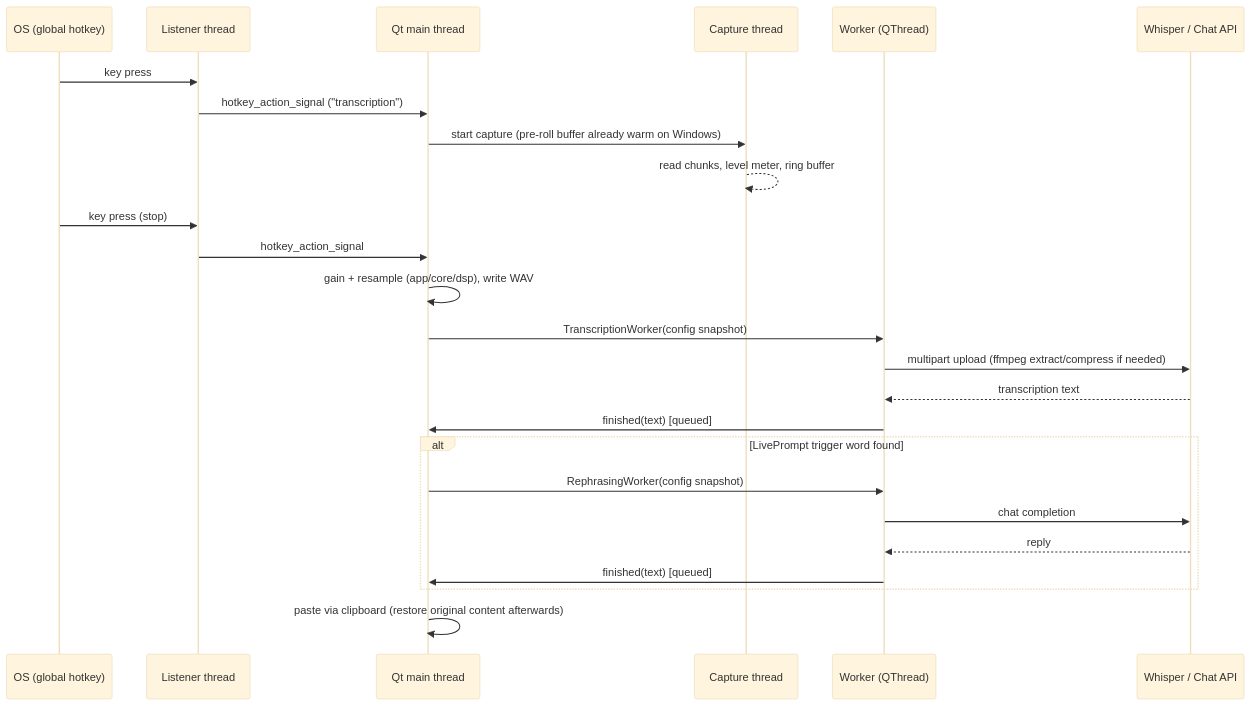
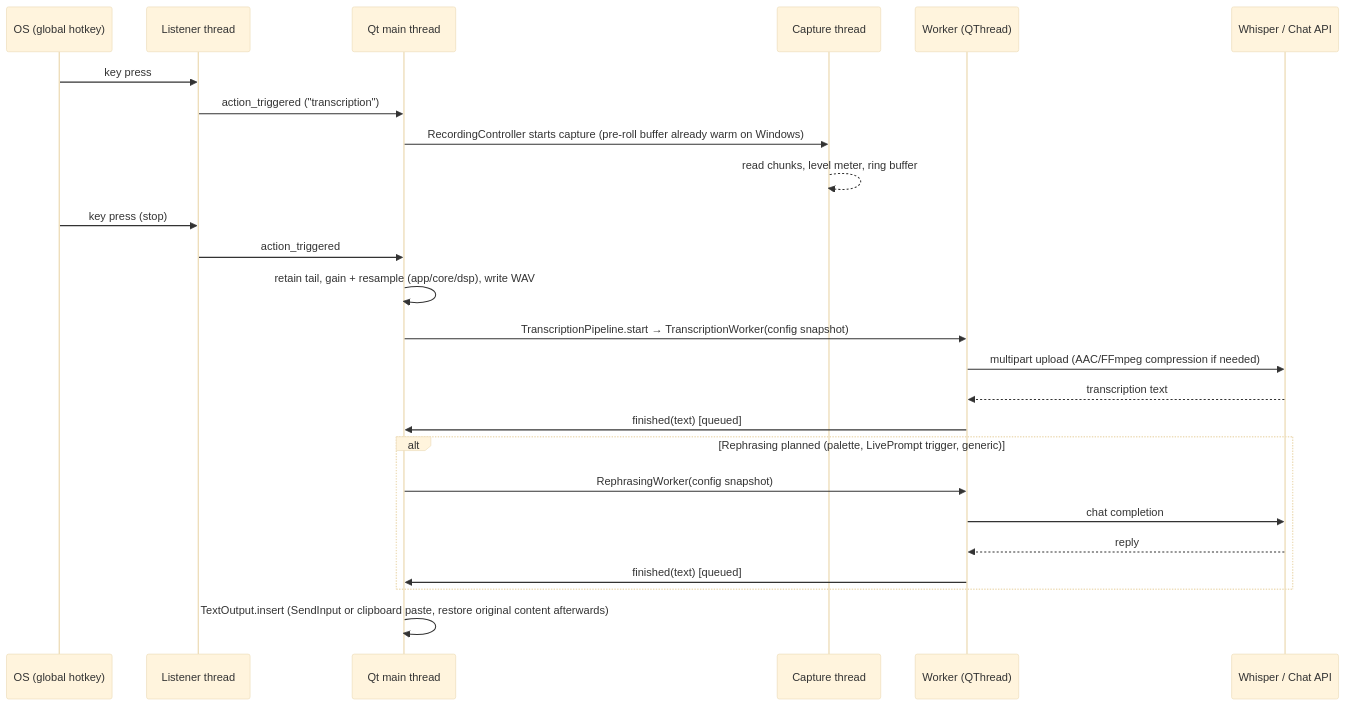
Before and after one commit to bjspi/WhisperTyper: the second of 2 diagrams in docs/ARCHITECTURE.md, drawn with Mermaid (base theme). The commit also changed other lines of this file and 37 other files, not shown here.

````diff
--- a/docs/ARCHITECTURE.md
+++ b/docs/ARCHITECTURE.md
@@ -117,28 +139,28 @@
 ```mermaid
 sequenceDiagram
     participant OS as OS (global hotkey)
     participant L as Listener thread
     participant M as Qt main thread
     participant C as Capture thread
     participant W as Worker (QThread)
     participant API as Whisper / Chat API
 
     OS->>L: key press
-    L->>M: hotkey_action_signal ("transcription")
-    M->>C: start capture (pre-roll buffer already warm on Windows)
+    L->>M: action_triggered ("transcription")
+    M->>C: RecordingController starts capture (pre-roll buffer already warm on Windows)
     C-->>C: read chunks, level meter, ring buffer
     OS->>L: key press (stop)
-    L->>M: hotkey_action_signal
-    M->>M: gain + resample (app/core/dsp), write WAV
-    M->>W: TranscriptionWorker(config snapshot)
-    W->>API: multipart upload (ffmpeg extract/compress if needed)
+    L->>M: action_triggered
+    M->>M: retain tail, gain + resample (app/core/dsp), write WAV
+    M->>W: TranscriptionPipeline.start → TranscriptionWorker(config snapshot)
+    W->>API: multipart upload (AAC/FFmpeg compression if needed)
     API-->>W: transcription text
     W->>M: finished(text) [queued]
-    alt LivePrompt trigger word found
+    alt Rephrasing planned (palette, LivePrompt trigger, generic)
         M->>W: RephrasingWorker(config snapshot)
         W->>API: chat completion
         API-->>W: reply
         W->>M: finished(text) [queued]
     end
-    M->>M: paste via clipboard (restore original content afterwards)
+    M->>M: TextOutput.insert (SendInput or clipboard paste, restore original content afterwards)
 ```
````
